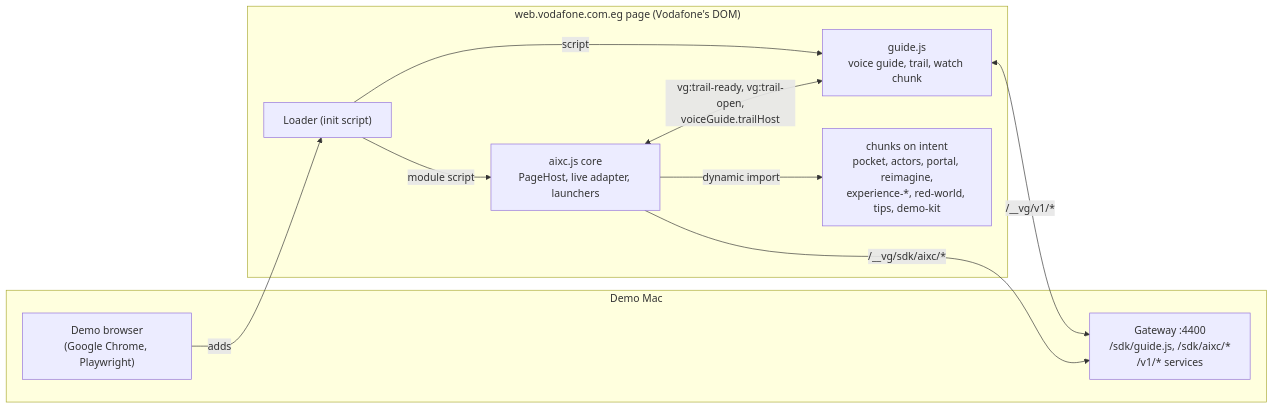
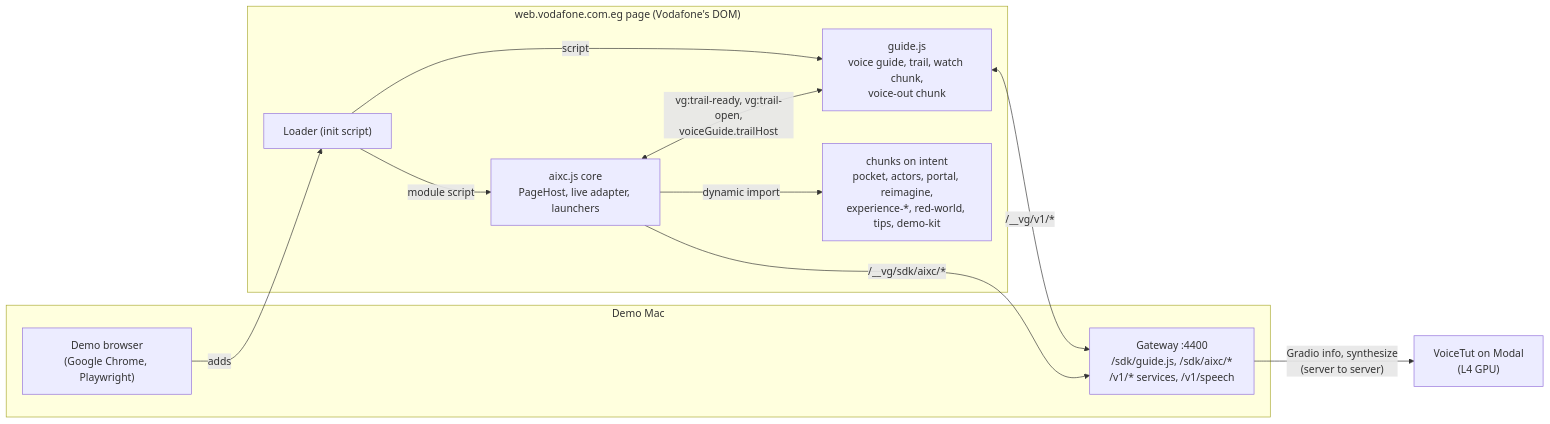
One commit to Bahaa-Addin/ai-ux-studio changed the diagram in docs/handoff/live-demos-way2.md. Above: the diagram before and after it, drawn with Mermaid. The commit also changed other lines of this file and 4 other files, not shown here.

First line of the commit message:
ADR-0047: VoiceTut speaks the guide's replies; the live plan gains phase 1b

````diff
--- a/docs/handoff/live-demos-way2.md
+++ b/docs/handoff/live-demos-way2.md
@@ -101,20 +105,21 @@
 ```mermaid
 flowchart LR
   subgraph Mac["Demo Mac"]
     DB["Demo browser<br/>(Google Chrome, Playwright)"]
-    GW["Gateway :4400<br/>/sdk/guide.js, /sdk/aixc/*<br/>/v1/* services"]
+    GW["Gateway :4400<br/>/sdk/guide.js, /sdk/aixc/*<br/>/v1/* services, /v1/speech"]
   end
   subgraph Page["web.vodafone.com.eg page (Vodafone's DOM)"]
     L["Loader (init script)"]
-    G["guide.js<br/>voice guide, trail, watch chunk"]
+    G["guide.js<br/>voice guide, trail, watch chunk,<br/>voice-out chunk"]
     A["aixc.js core<br/>PageHost, live adapter, launchers"]
     C["chunks on intent<br/>pocket, actors, portal, reimagine,<br/>experience-*, red-world, tips, demo-kit"]
   end
   DB -->|adds| L
   L -->|script| G
   L -->|module script| A
   A -->|"dynamic import"| C
   G <-->|/__vg/v1/*| GW
   A -->|/__vg/sdk/aixc/*| GW
   A <-->|"vg:trail-ready, vg:trail-open,<br/>voiceGuide.trailHost"| G
+  GW -->|"Gradio info, synthesize<br/>(server to server)"| VT["VoiceTut on Modal<br/>(L4 GPU)"]
 ```
````
